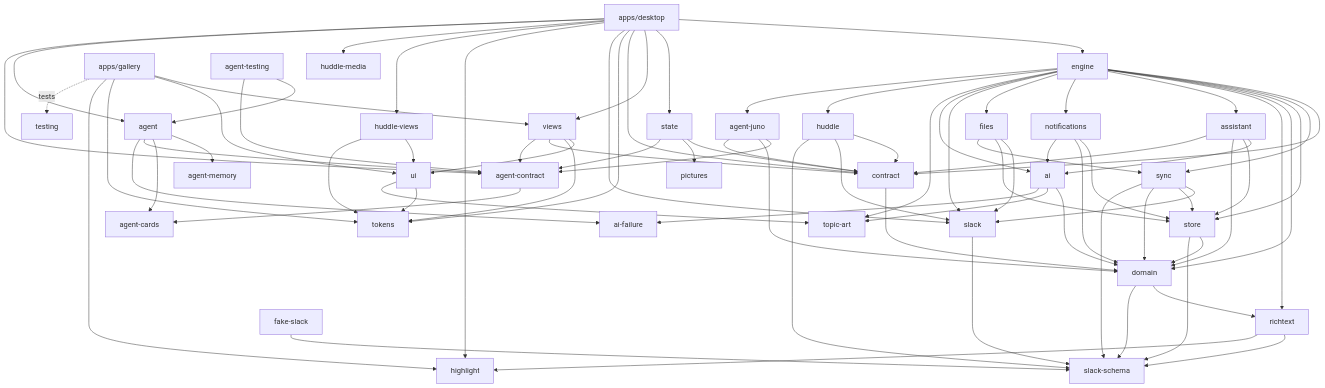
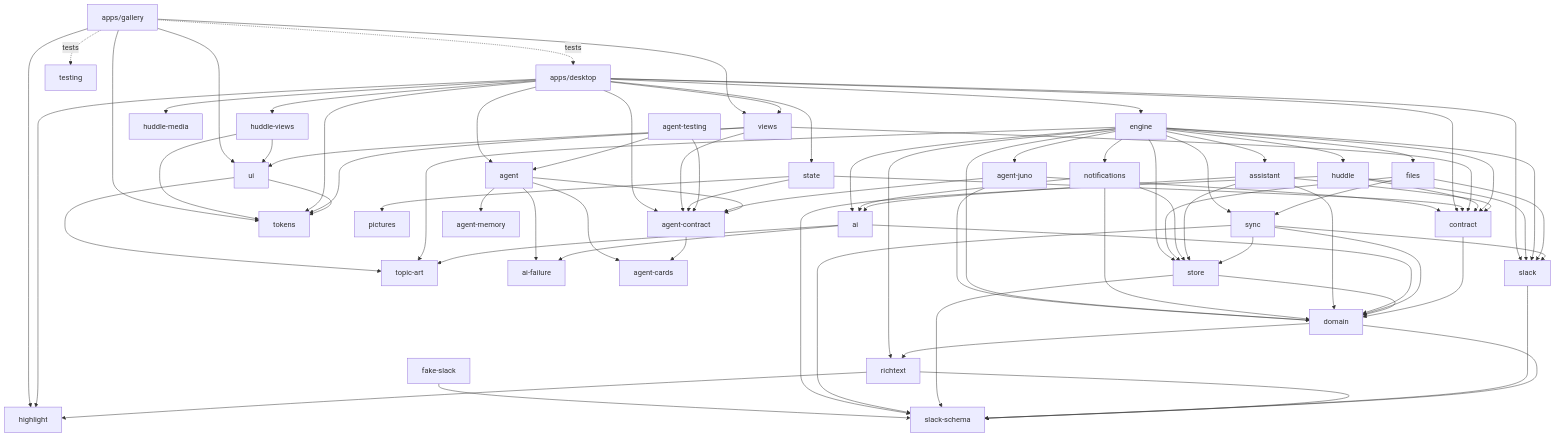
The second of 2 diagrams in docs/architecture.md (triptu/juno), drawn with Mermaid before and after one commit. The commit also changed other lines of this file and 5 other files, not shown here.

````diff
--- a/docs/architecture.md
+++ b/docs/architecture.md
@@ -132,40 +134,41 @@
 ```mermaid
 flowchart TD
   slack_schema[slack-schema]
   highlight
   richtext --> slack_schema & highlight
   domain --> richtext & slack_schema
   contract --> domain
   slack --> slack_schema
   store --> domain & slack_schema
   sync --> slack & store & domain & slack_schema
   topic_art[topic-art]
   ai --> domain & topic_art & ai_failure[ai-failure]
   assistant --> ai & store & domain & contract
   notifications --> store & domain & ai
   files --> slack & store & sync
   engine --> contract & sync & store & domain & richtext & assistant & notifications & files & slack & ai & topic_art
   huddle --> contract & slack & slack_schema
   engine --> huddle
   fake_slack[fake-slack] --> slack_schema
   tokens
   ui --> tokens & topic_art
   views --> ui & tokens & contract
   state --> contract
   pictures
   state --> pictures
   desktop[apps/desktop] --> engine & state & views & contract & tokens & slack & highlight
   huddle_views[huddle-views] --> ui & tokens
   huddle_media[huddle-media]
   desktop --> huddle_views & huddle_media
   gallery[apps/gallery] --> views & ui & tokens & highlight
   gallery -.tests.-> testing[testing]
+  gallery -.tests.-> desktop
   agent_contract[agent-contract] --> agent_cards[agent-cards]
   agent --> agent_memory[agent-memory] & agent_cards & agent_contract & ai_failure
   agent_juno[agent-juno] --> agent_contract & domain & contract
   agent_testing[agent-testing] --> agent & agent_contract
   engine --> agent_juno
   state --> agent_contract
   views --> agent_contract
   desktop --> agent & agent_contract
 ```
````
